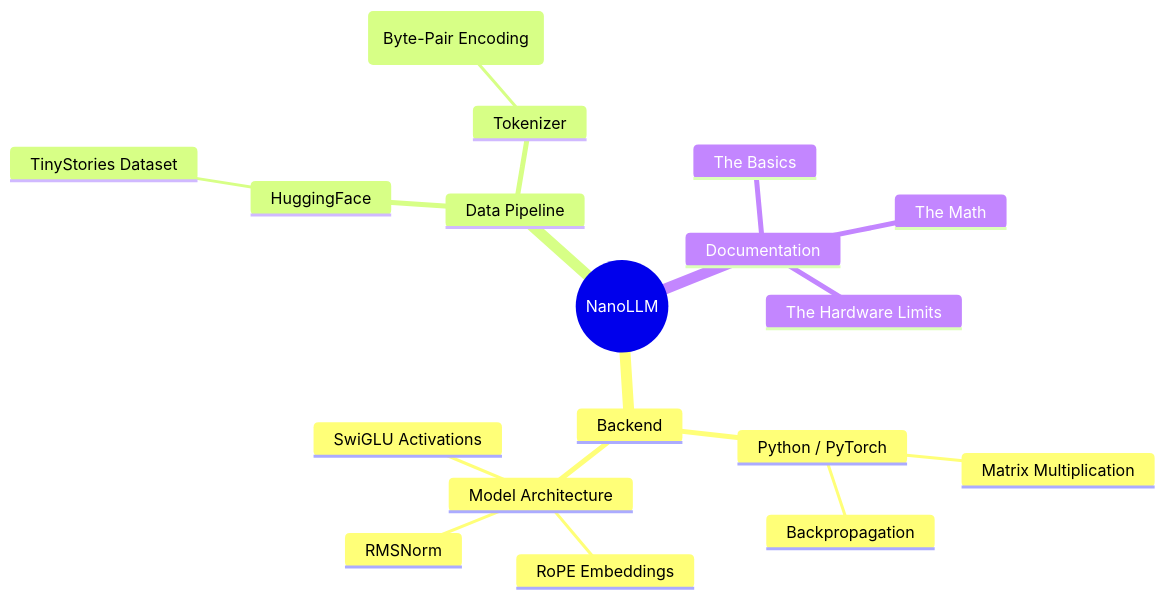
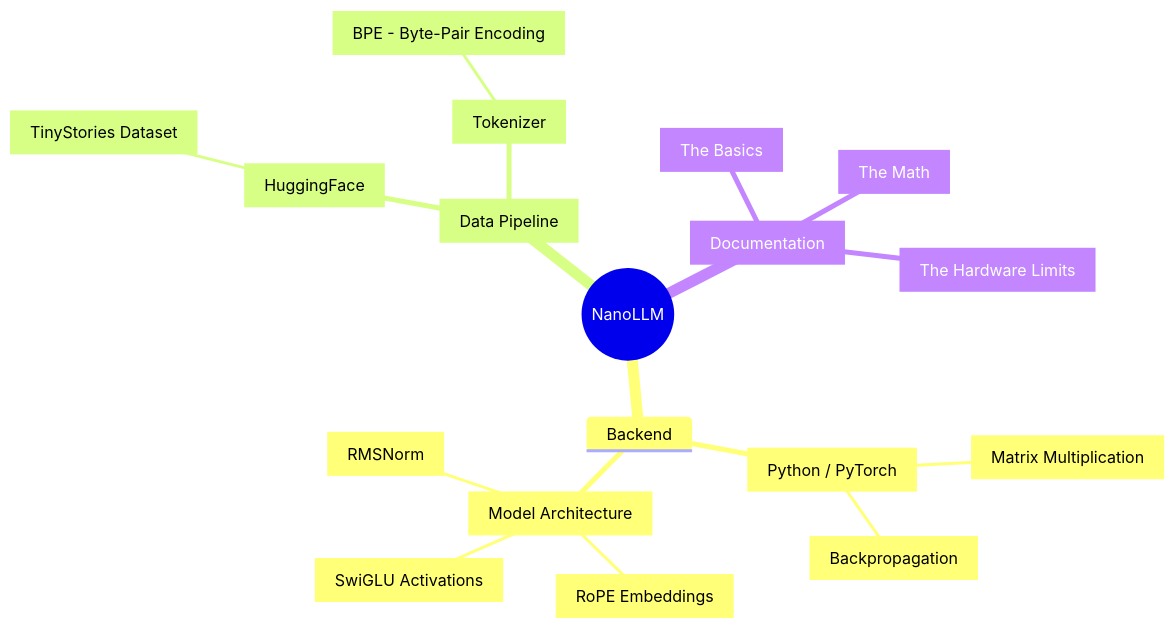
The diagram in README.md (NoticedXAaryan/NanoLLM), drawn with Mermaid before and after one commit. The commit also changed 20 other files, not shown here.

Commit message:
docs: add comprehensive mermaid visual representations across curriculum

````diff
--- a/README.md
+++ b/README.md
@@ -35,21 +35,21 @@
 ```mermaid
 mindmap
   root((NanoLLM))
     Backend
-      Python / PyTorch
-        Matrix Multiplication
-        Backpropagation
-      Model Architecture
-        RoPE Embeddings
-        SwiGLU Activations
-        RMSNorm
-    Data Pipeline
-      HuggingFace
-        TinyStories Dataset
-      Tokenizer
-        BPE (Byte-Pair Encoding)
-    Documentation
-      The Basics
-      The Math
-      The Hardware Limits
+      Python_PyTorch[Python / PyTorch]
+        Matrix[Matrix Multiplication]
+        Backprop[Backpropagation]
+      Architecture[Model Architecture]
+        RoPE[RoPE Embeddings]
+        SwiGLU[SwiGLU Activations]
+        RMSNorm[RMSNorm]
+    Pipeline[Data Pipeline]
+      HuggingFace[HuggingFace]
+        TinyStories[TinyStories Dataset]
+      Tokenizer[Tokenizer]
+        BPE[BPE - Byte-Pair Encoding]
+    Docs[Documentation]
+      Basics[The Basics]
+      Math[The Math]
+      Limits[The Hardware Limits]
 ```
````
